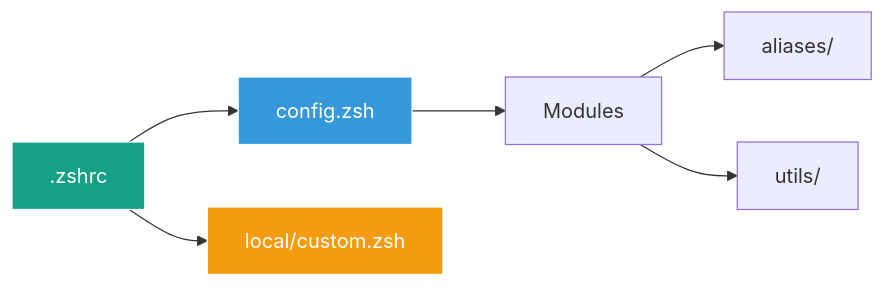
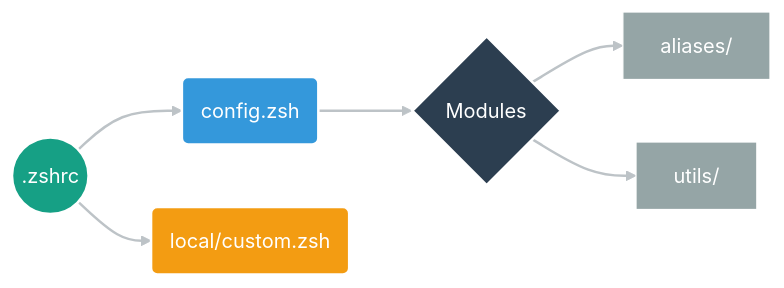
The first of 2 diagrams in README.md (yanix2445/zsh-boost), drawn with Mermaid before and after one commit.

Commit message:
docs: apply design system to architecture diagram

````diff
--- a/README.md
+++ b/README.md
@@ -63,13 +63,30 @@
 ```mermaid
-graph LR
-    A[".zshrc"] --> B["config.zsh"]
-    B --> C["Modules"]
-    A --> D["local/custom.zsh"]
+flowchart LR
+    %% Nodes
+    Main((".zshrc"))
+    Config("config.zsh")
+    Modules{"Modules"}
+    Local("local/custom.zsh")
     
-    C --> E["aliases/"]
-    C --> F["utils/"]
+    Aliases["aliases/"]
+    Utils["utils/"]
 
-    style A fill:#16a085,stroke:#fff,color:#fff
-    style B fill:#3498db,stroke:#fff,color:#fff
-    style D fill:#f39c12,stroke:#fff,color:#fff
+    %% Flow
+    Main --> Config
+    Config --> Modules
+    Main --> Local
+    
+    Modules --> Aliases
+    Modules --> Utils
+
+    %% Styles
+    style Main fill:#16a085,stroke:#fff,color:#fff,stroke-width:2px
+    style Config fill:#3498db,stroke:#fff,color:#fff,stroke-width:2px
+    style Local fill:#f39c12,stroke:#fff,color:#fff,stroke-width:2px
+    style Modules fill:#2c3e50,stroke:#fff,color:#fff,stroke-width:2px
+    
+    style Aliases fill:#95a5a6,stroke:#fff,color:#fff,stroke-width:1px
+    style Utils fill:#95a5a6,stroke:#fff,color:#fff,stroke-width:1px
+
+    linkStyle default stroke:#bdc3c7,stroke-width:2px
 ```
````
